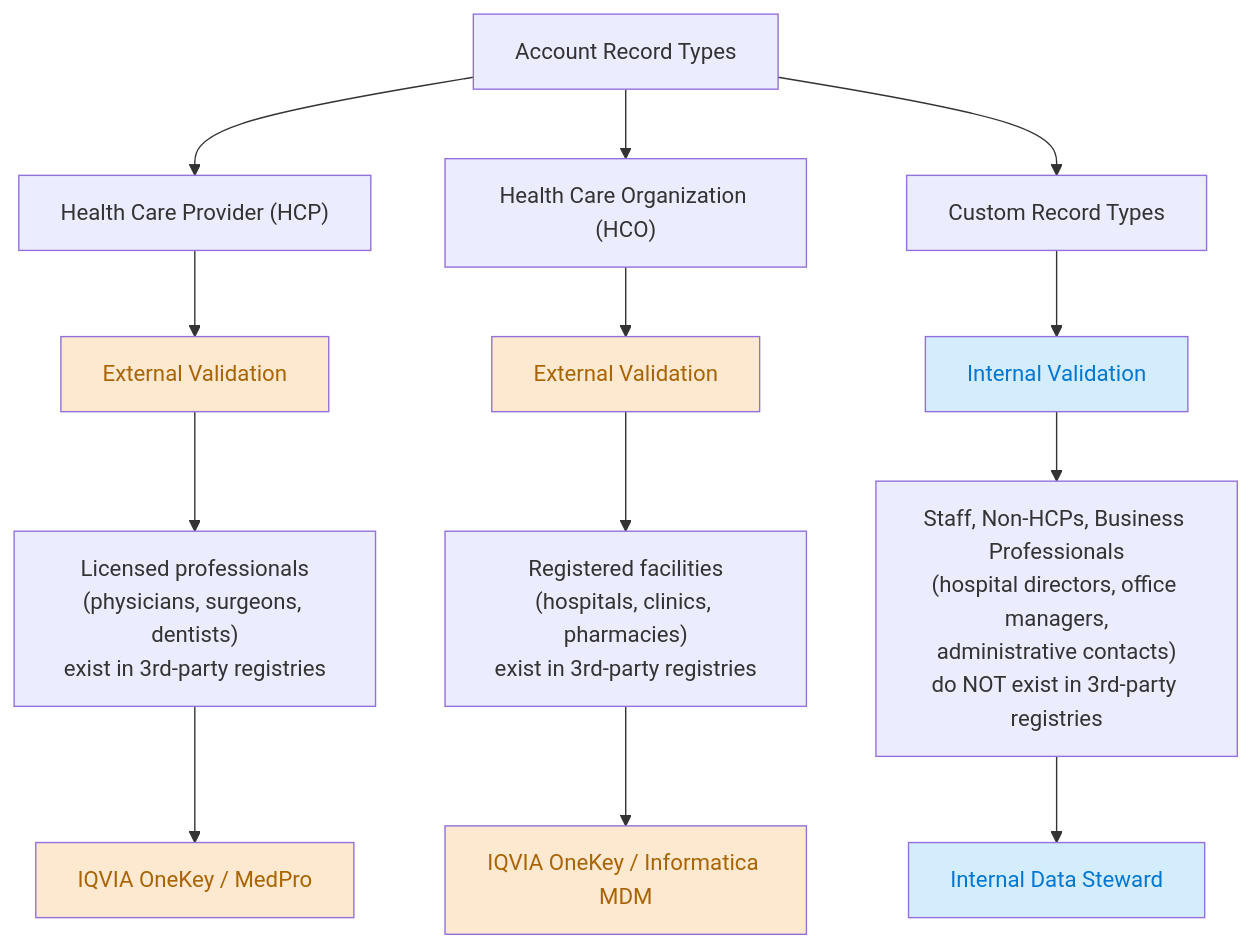
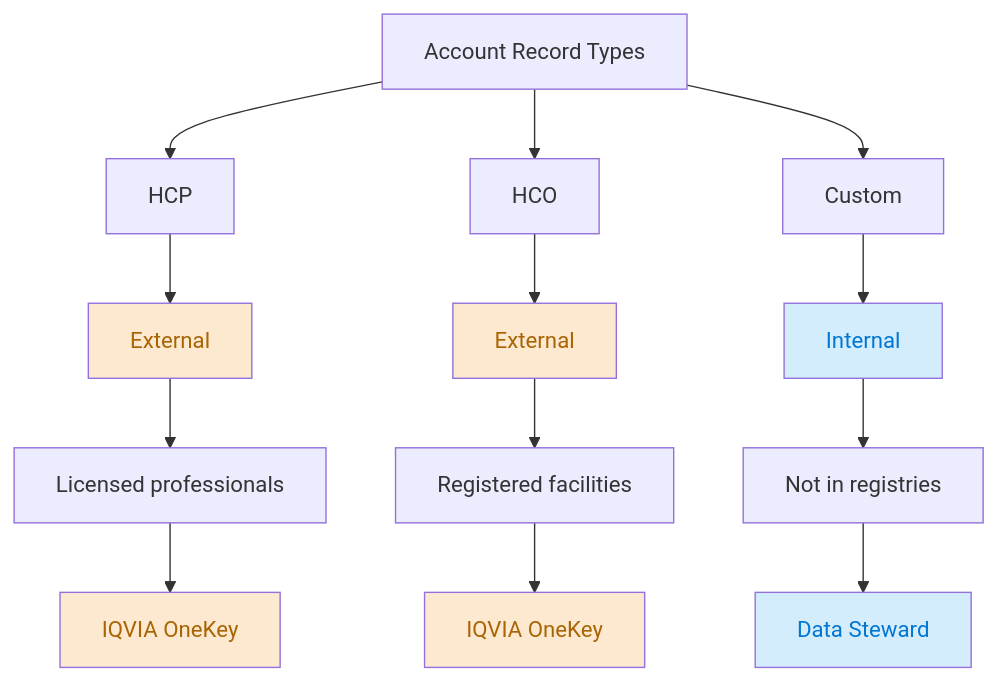
One commit to afls-ideas/learn-data-change-request changed the first of 2 diagrams in LifeSciDataChgDefRecType.md. Above: the diagram before and after it, drawn with Mermaid. The commit also changed other lines of this file and 2 other files, not shown here.

Commit message:
Remove Informatica MDM references and fix mermaid diagram text overflow

````diff
--- a/LifeSciDataChgDefRecType.md
+++ b/LifeSciDataChgDefRecType.md
@@ -7,25 +7,25 @@
 ```mermaid
 flowchart TD
-    ROOT["Account Record Types"] --> HCP["Health Care Provider (HCP)"]
-    ROOT --> HCO["Health Care Organization (HCO)"]
-    ROOT --> CUSTOM["Custom Record Types"]
+    ROOT["Account Record Types"] --> HCP["HCP"]
+    ROOT --> HCO["HCO"]
+    ROOT --> CUSTOM["Custom"]
 
-    HCP --> HCP_EXT["External Validation"]
-    HCP_EXT --> HCP_WHY["Licensed professionals<br/>(physicians, surgeons, dentists)<br/>exist in 3rd-party registries"]
-    HCP_WHY --> IQVIA["IQVIA OneKey / MedPro"]
+    HCP --> HCP_EXT["External"]
+    HCP_EXT --> HCP_WHY["Licensed professionals"]
+    HCP_WHY --> IQVIA["IQVIA OneKey"]
 
-    HCO --> HCO_EXT["External Validation"]
-    HCO_EXT --> HCO_WHY["Registered facilities<br/>(hospitals, clinics, pharmacies)<br/>exist in 3rd-party registries"]
-    HCO_WHY --> MDM["IQVIA OneKey / Informatica MDM"]
+    HCO --> HCO_EXT["External"]
+    HCO_EXT --> HCO_WHY["Registered facilities"]
+    HCO_WHY --> IQVIA2["IQVIA OneKey"]
 
-    CUSTOM --> CUSTOM_INT["Internal Validation"]
-    CUSTOM_INT --> CUSTOM_WHY["Staff, Non-HCPs, Business Professionals<br/>(hospital directors, office managers,<br/>administrative contacts)<br/>do NOT exist in 3rd-party registries"]
-    CUSTOM_WHY --> STEWARD["Internal Data Steward"]
+    CUSTOM --> CUSTOM_INT["Internal"]
+    CUSTOM_INT --> CUSTOM_WHY["Not in registries"]
+    CUSTOM_WHY --> STEWARD["Data Steward"]
 
     style HCP_EXT fill:#fde8d0,color:#a96404
     style HCO_EXT fill:#fde8d0,color:#a96404
     style CUSTOM_INT fill:#d4edfc,color:#0176d3
     style IQVIA fill:#fde8d0,color:#a96404
-    style MDM fill:#fde8d0,color:#a96404
+    style IQVIA2 fill:#fde8d0,color:#a96404
     style STEWARD fill:#d4edfc,color:#0176d3
 ```
````
